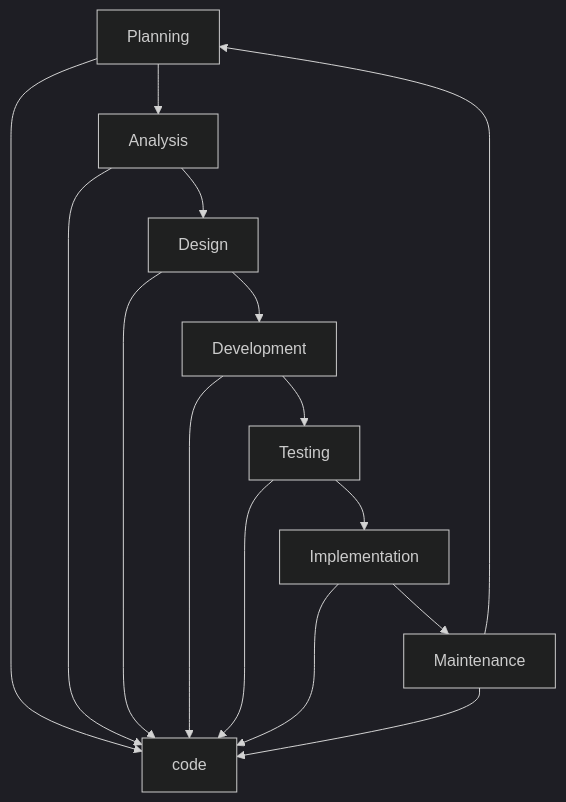
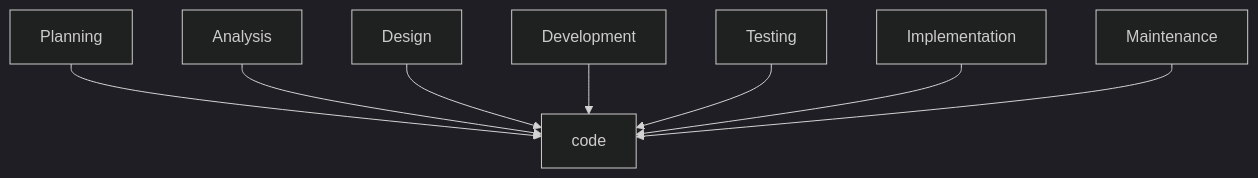
One commit to alex-mccombie/resume_readme changed the first of 2 diagrams in README.md. Above: the diagram before and after it, drawn with Mermaid (dark theme).

````diff
--- a/README.md
+++ b/README.md
@@ -276,17 +276,10 @@
 ```mermaid
   graph TD;
       Planning-->code;
       Analysis-->code;
       Design-->code;
       Development-->code;
       Testing-->code;
       Implementation-->code;
       Maintenance-->code;
-      Planning-->Analysis;
-      Analysis-->Design;
-      Design-->Development;
-      Development-->Testing;
-      Testing-->Implementation;
-      Implementation-->Maintenance;
-      Maintenance-->Planning;
 ```
````
